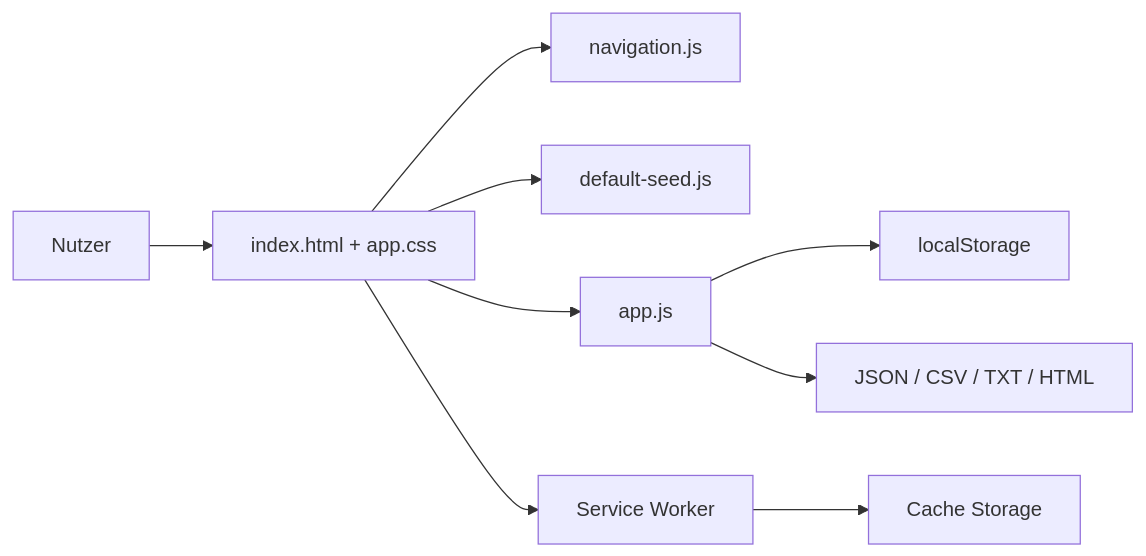
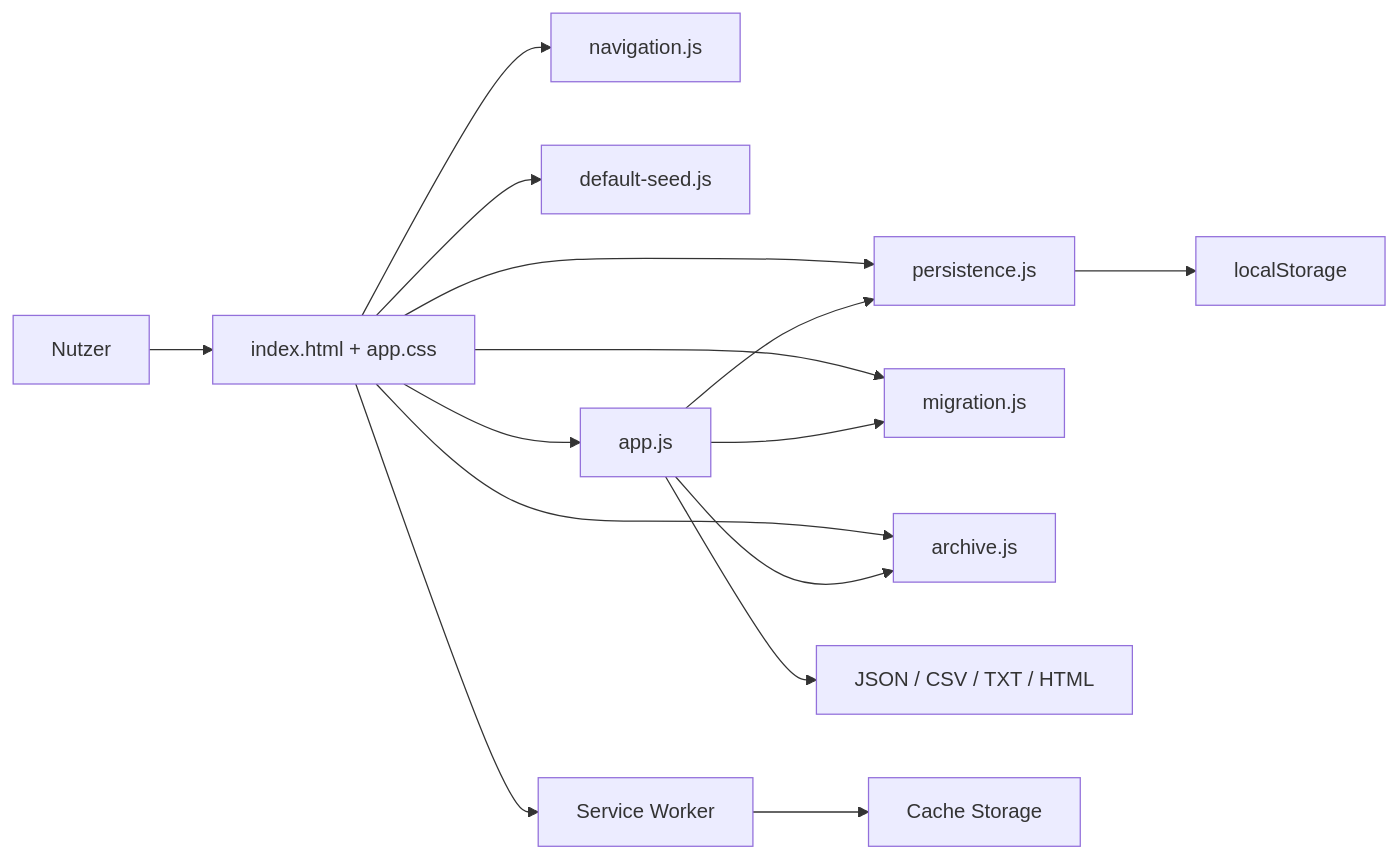
Before and after one commit to cz100000/NK-Pro: the first of 3 diagrams in ARCHITECTURE.md, drawn with Mermaid. The commit also changed other lines of this file and 28 other files, not shown here.

````diff
--- a/ARCHITECTURE.md
+++ b/ARCHITECTURE.md
@@ -11,11 +12,17 @@
 ```mermaid
 flowchart LR
   U[Nutzer] --> UI[index.html + app.css]
   UI --> NAV[navigation.js]
+  UI --> PM[persistence.js]
+  UI --> MM[migration.js]
+  UI --> AM[archive.js]
   UI --> SEED[default-seed.js]
   UI --> APP[app.js]
-  APP --> LS[localStorage]
+  APP --> PM
+  APP --> MM
+  APP --> AM
+  PM --> LS[localStorage]
   APP --> FILES[JSON / CSV / TXT / HTML]
   UI --> SW[Service Worker]
   SW --> CACHE[Cache Storage]
 ```
````
